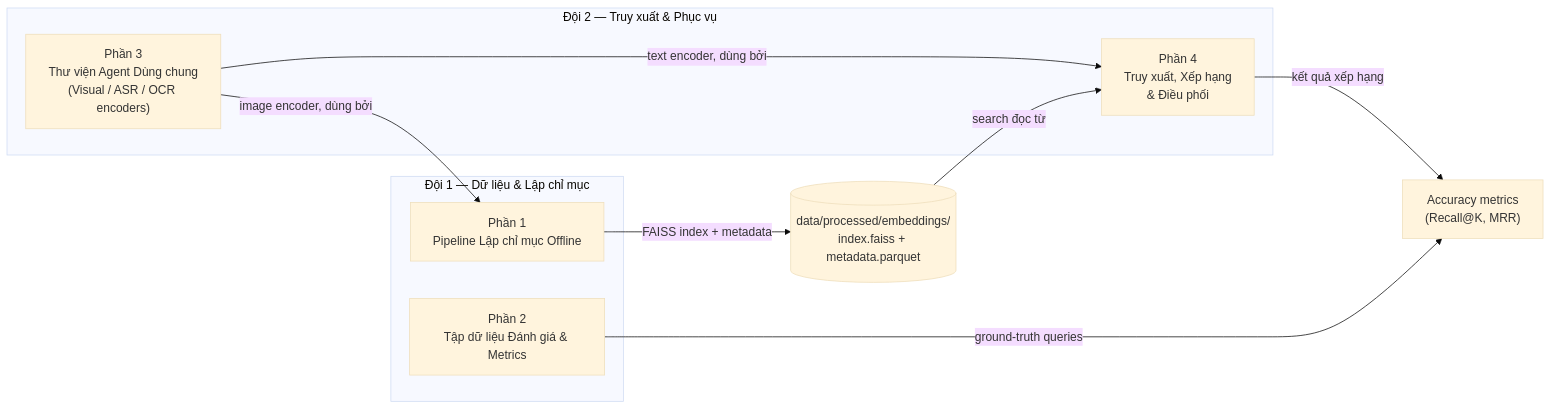
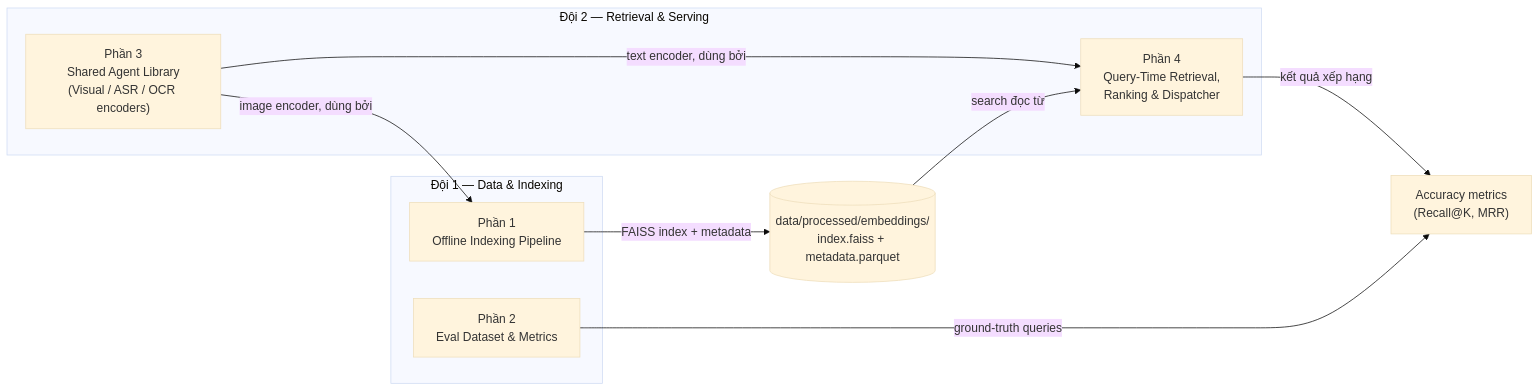
The diagram in IMPLEMENTATION_PLAN_VI.md (AIVIETNAM-AIO-herk30/AI_Challenge_2026), drawn with Mermaid (base theme) before and after one commit. The commit also changed other lines of this file and 1 other file, not shown here.

Commit message:
docs: Update architecture and implementation

````diff
--- a/IMPLEMENTATION_PLAN_VI.md
+++ b/IMPLEMENTATION_PLAN_VI.md
@@ -18,18 +18,18 @@
 ```mermaid
 flowchart LR
-    subgraph Team1["Đội 1 — Dữ liệu & Lập chỉ mục"]
-        P1["Phần 1<br/>Pipeline Lập chỉ mục Offline"]
-        P2["Phần 2<br/>Tập dữ liệu Đánh giá & Metrics"]
+    subgraph Team1["Đội 1 — Data & Indexing"]
+        P1["Phần 1<br/>Offline Indexing Pipeline"]
+        P2["Phần 2<br/>Eval Dataset & Metrics"]
     end
-    subgraph Team2["Đội 2 — Truy xuất & Phục vụ"]
-        P3["Phần 3<br/>Thư viện Agent Dùng chung<br/>(Visual / ASR / OCR encoders)"]
-        P4["Phần 4<br/>Truy xuất, Xếp hạng<br/>& Điều phối"]
+    subgraph Team2["Đội 2 — Retrieval & Serving"]
+        P3["Phần 3<br/>Shared Agent Library<br/>(Visual / ASR / OCR encoders)"]
+        P4["Phần 4<br/>Query-Time Retrieval,<br/>Ranking & Dispatcher"]
     end
 
     P3 -->|image encoder, dùng bởi| P1
     P3 -->|text encoder, dùng bởi| P4
     P1 -->|FAISS index + metadata| DB[("data/processed/embeddings/<br/>index.faiss + metadata.parquet")]
     DB -->|search đọc từ| P4
     P2 -->|ground-truth queries| EVAL["Accuracy metrics<br/>(Recall@K, MRR)"]
     P4 -->|kết quả xếp hạng| EVAL
 ```
````
